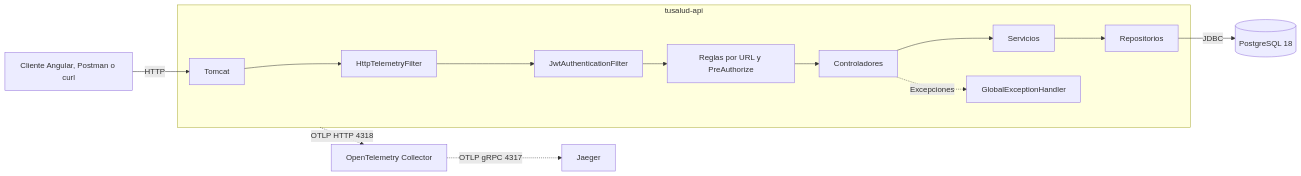
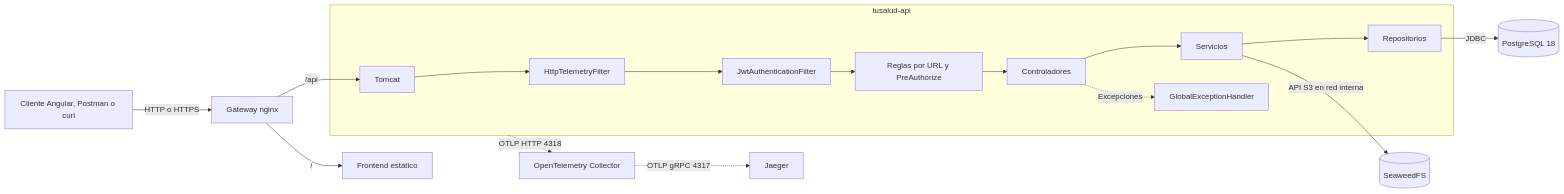
One commit to jhonsferg/tusalud changed the first of 27 diagrams in README.md. Above: the diagram before and after it, drawn with Mermaid. The commit also changed other lines of this file and 104 other files, not shown here.

First line of the commit message:
feat: agrega el almacenamiento de objetos con SeaweedFS y un gateway nginx como único punto de entrada

````diff
--- a/README.md
+++ b/README.md
@@ -459,16 +466,19 @@
 ```mermaid
 flowchart LR
-    Cliente[Cliente Angular, Postman o curl] -->|HTTP| Tomcat
+    Cliente[Cliente Angular, Postman o curl] -->|HTTP o HTTPS| Gateway[Gateway nginx]
+    Gateway -->|/| Web[Frontend estático]
+    Gateway -->|/api| Tomcat
     subgraph API[tusalud-api]
         Tomcat --> Telemetria[HttpTelemetryFilter]
         Telemetria --> JWT[JwtAuthenticationFilter]
         JWT --> Autorizacion[Reglas por URL y PreAuthorize]
         Autorizacion --> Controladores
         Controladores --> Servicios
         Servicios --> Repositorios
         Controladores -.->|Excepciones| Errores[GlobalExceptionHandler]
     end
     Repositorios -->|JDBC| PostgreSQL[(PostgreSQL 18)]
+    Servicios -->|API S3 en red interna| Almacen[(SeaweedFS)]
     API -.->|OTLP HTTP 4318| Collector[OpenTelemetry Collector]
     Collector -.->|OTLP gRPC 4317| Jaeger
 ```
````
